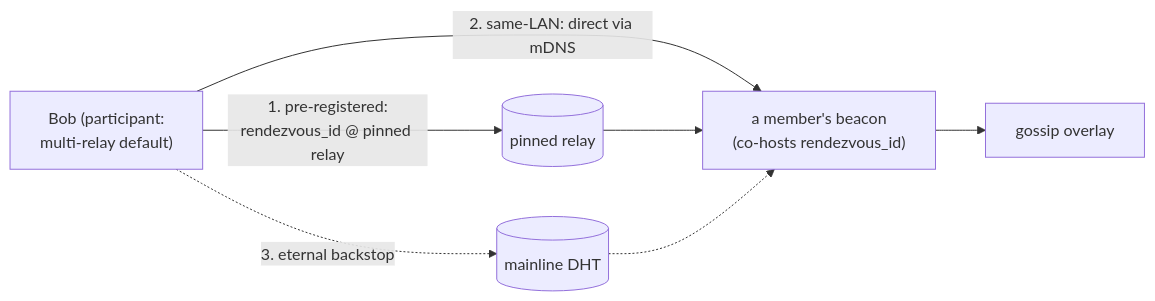
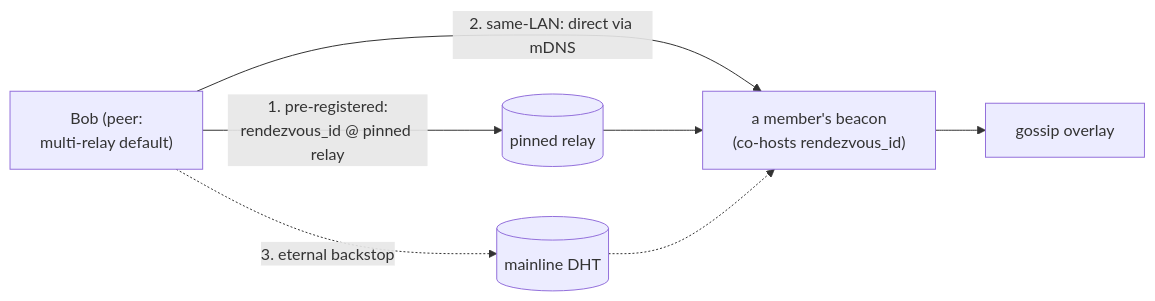
One commit to agent-habilis/agent-gossip changed the third of 6 diagrams in docs/discovery.md. Above: the diagram before and after it, drawn with Mermaid. The commit also changed other lines of this file and 154 other files, not shown here.

````diff
--- a/docs/discovery.md
+++ b/docs/discovery.md
@@ -148,10 +148,10 @@
 ```mermaid
 flowchart LR
-    B["Bob (participant:<br/>multi-relay default)"]
+    B["Bob (peer:<br/>multi-relay default)"]
     B -->|"1. pre-registered:<br/>rendezvous_id @ pinned relay"| RL[("pinned relay")]
     B -->|"2. same-LAN: direct via mDNS"| BC["a member's beacon<br/>(co-hosts rendezvous_id)"]
     B -.->|"3. eternal backstop"| DHT[("mainline DHT")]
     RL --> BC
     DHT -.-> BC
     BC --> G["gossip overlay"]
 ```
````
